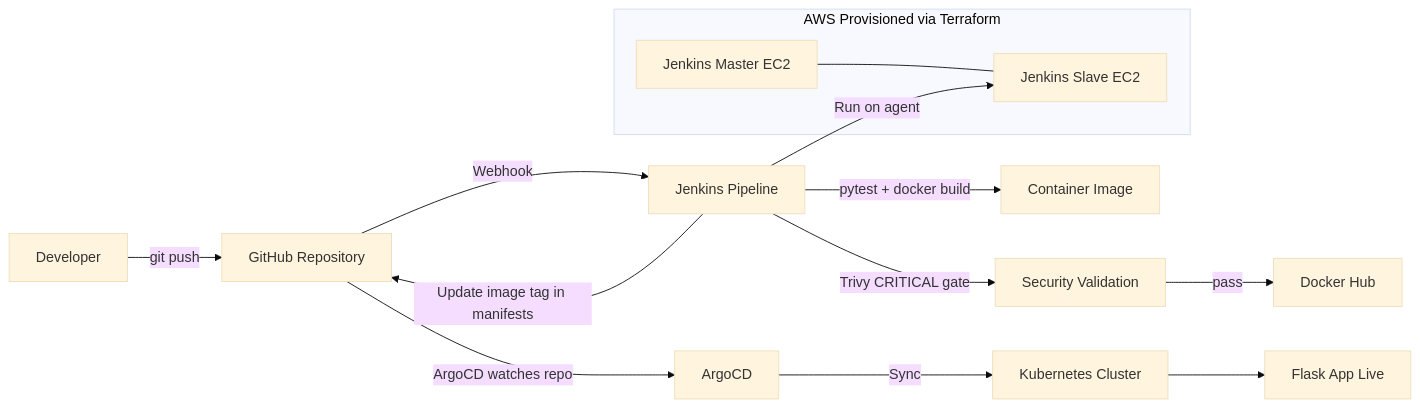
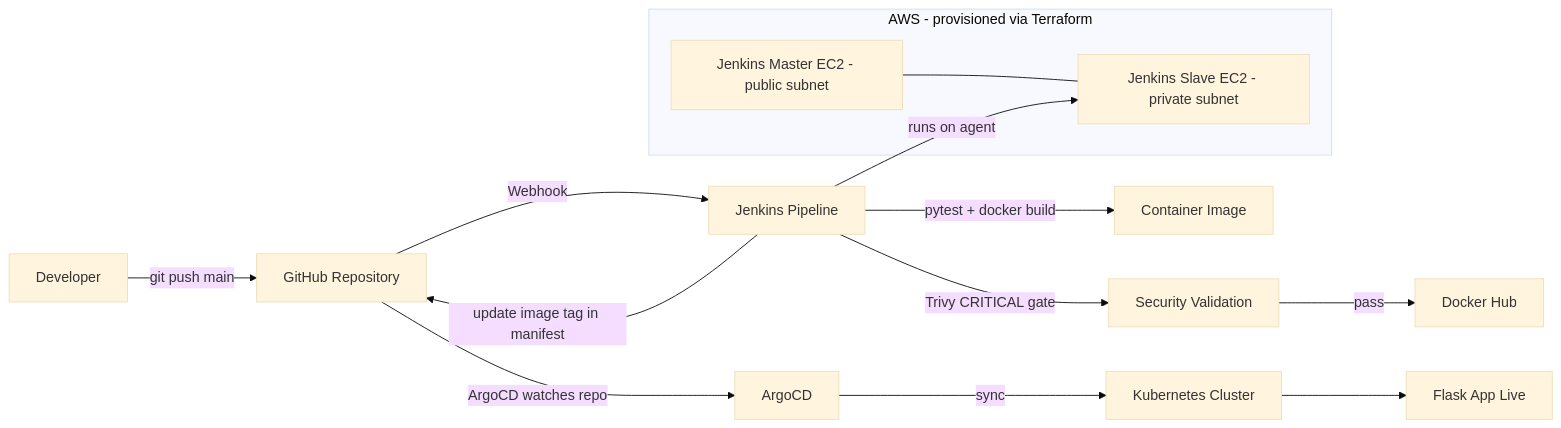
One commit to Ike-DevCloudIQ/flask-cicd-gitops-platform changed the diagram in README.md. Above: the diagram before and after it, drawn with Mermaid (base theme). The commit also changed other lines of this file and 23 other files, not shown here.

````diff
--- a/README.md
+++ b/README.md
@@ -26,21 +45,21 @@
 ```mermaid
 flowchart LR
-    Dev[Developer] -->|git push| GH[GitHub Repository]
+    Dev[Developer] -->|git push main| GH[GitHub Repository]
     GH -->|Webhook| JN[Jenkins Pipeline]
 
-    subgraph AWS[AWS Provisioned via Terraform]
-      JM[Jenkins Master EC2]
-      JS[Jenkins Slave EC2]
+    subgraph AWS[AWS - provisioned via Terraform]
+      JM[Jenkins Master EC2 - public subnet]
+      JS[Jenkins Slave EC2 - private subnet]
       JM --- JS
     end
 
-    JN -->|Run on agent| JS
+    JN -->|runs on agent| JS
     JN -->|pytest + docker build| IMG[Container Image]
     JN -->|Trivy CRITICAL gate| SEC[Security Validation]
     SEC -->|pass| DH[Docker Hub]
-    JN -->|Update image tag in manifests| GH
+    JN -->|update image tag in manifest| GH
 
     GH -->|ArgoCD watches repo| ARGO[ArgoCD]
-    ARGO -->|Sync| K8S[Kubernetes Cluster]
+    ARGO -->|sync| K8S[Kubernetes Cluster]
     K8S --> APP[Flask App Live]
 ```
````
